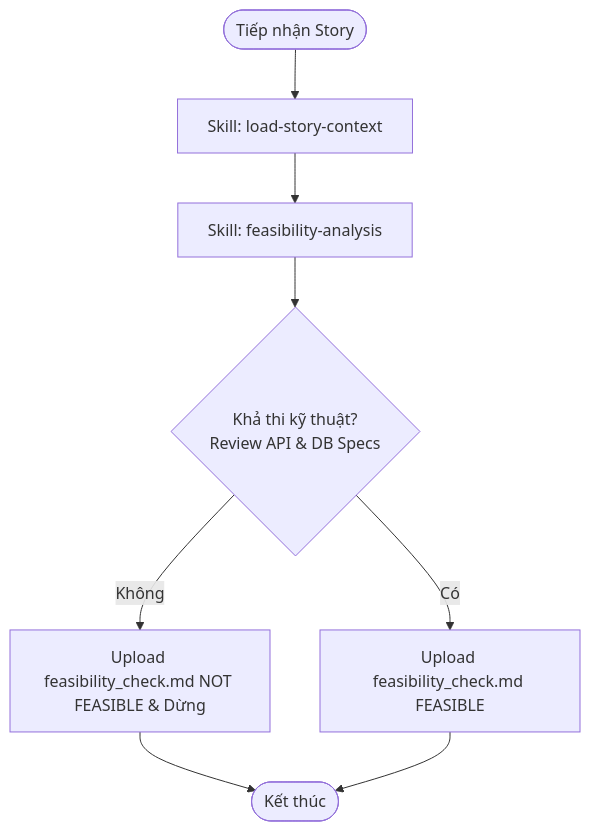
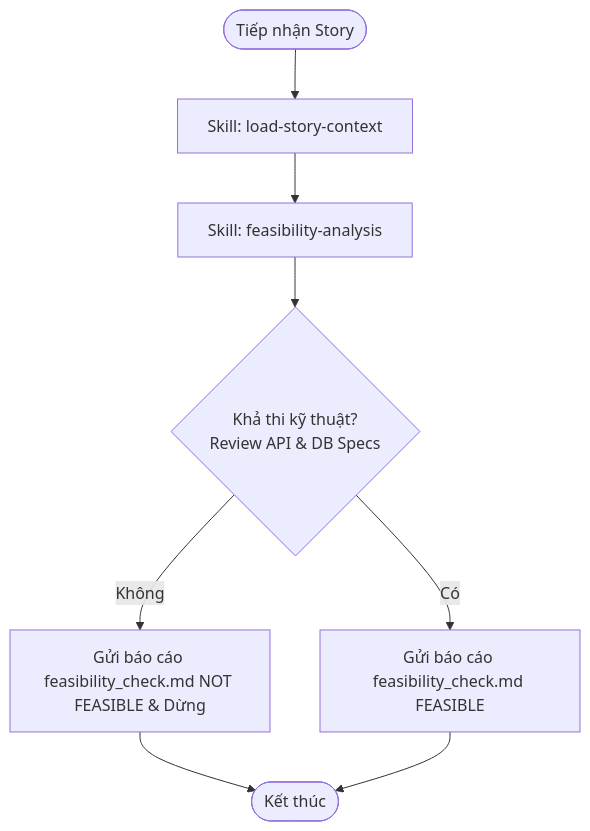
One commit to phongdh04/docs-for-codex-hackerthon- changed the diagram in bob-tech-lead/.agents/workflows/review-story-feasibility.md. Above: the diagram before and after it, drawn with Mermaid. The commit also changed other lines of this file and 2 other files, not shown here.

First line of the commit message:
fix(bob-tech-lead): correct MCP feasibility analysis tool name

````diff
--- a/bob-tech-lead/.agents/workflows/review-story-feasibility.md
+++ b/bob-tech-lead/.agents/workflows/review-story-feasibility.md
@@ -11,13 +11,13 @@
 ```mermaid
 flowchart TD
   Start([Tiếp nhận Story]) --> B0_Context[Skill: load-story-context]
   B0_Context --> B1_Read[Skill: feasibility-analysis]
   
   B1_Read --> B1_Check{Khả thi kỹ thuật?\nReview API & DB Specs}
   
-  B1_Check -->|Không| B1_Fail[Upload feasibility_check.md NOT FEASIBLE & Dừng]
-  B1_Check -->|Có| B1_Pass[Upload feasibility_check.md FEASIBLE]
+  B1_Check -->|Không| B1_Fail[Gửi báo cáo feasibility_check.md NOT FEASIBLE & Dừng]
+  B1_Check -->|Có| B1_Pass[Gửi báo cáo feasibility_check.md FEASIBLE]
   
   B1_Fail --> End([Kết thúc])
   B1_Pass --> End
 ```
````
